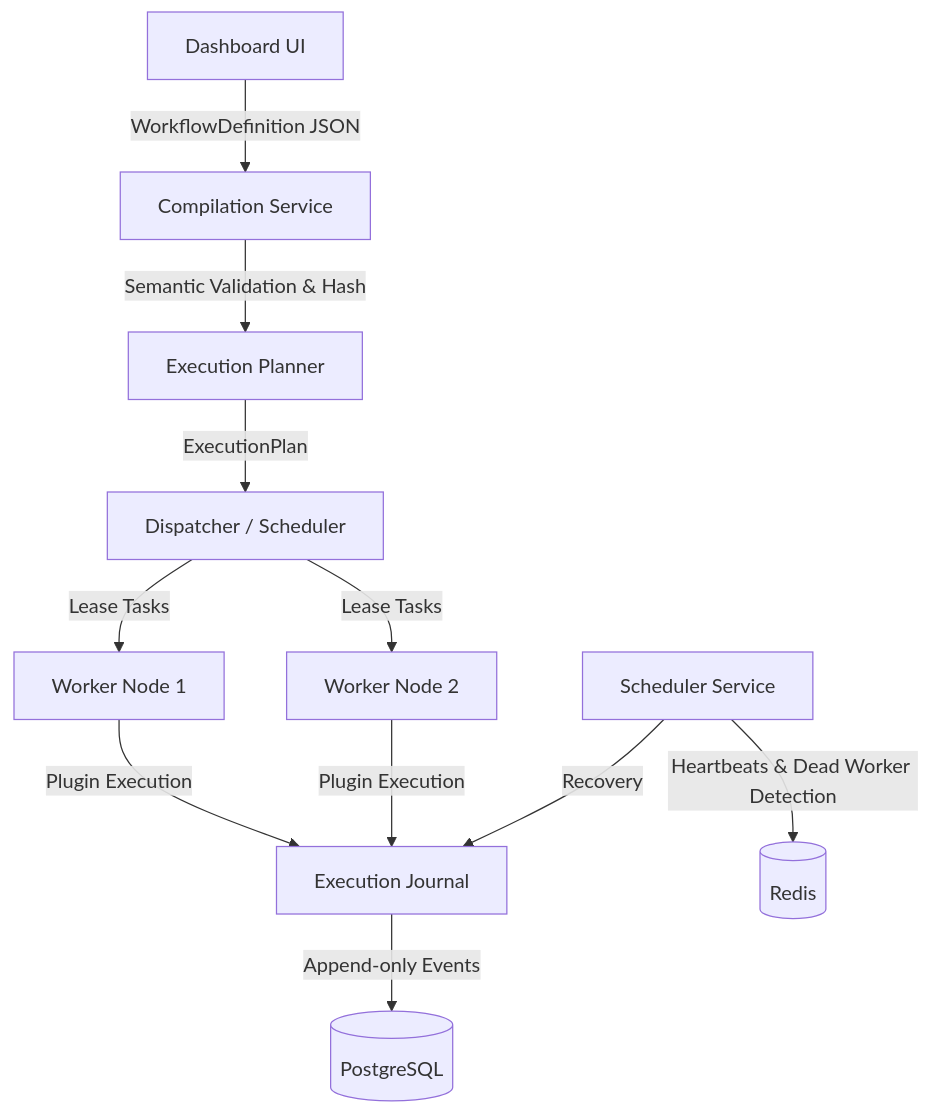
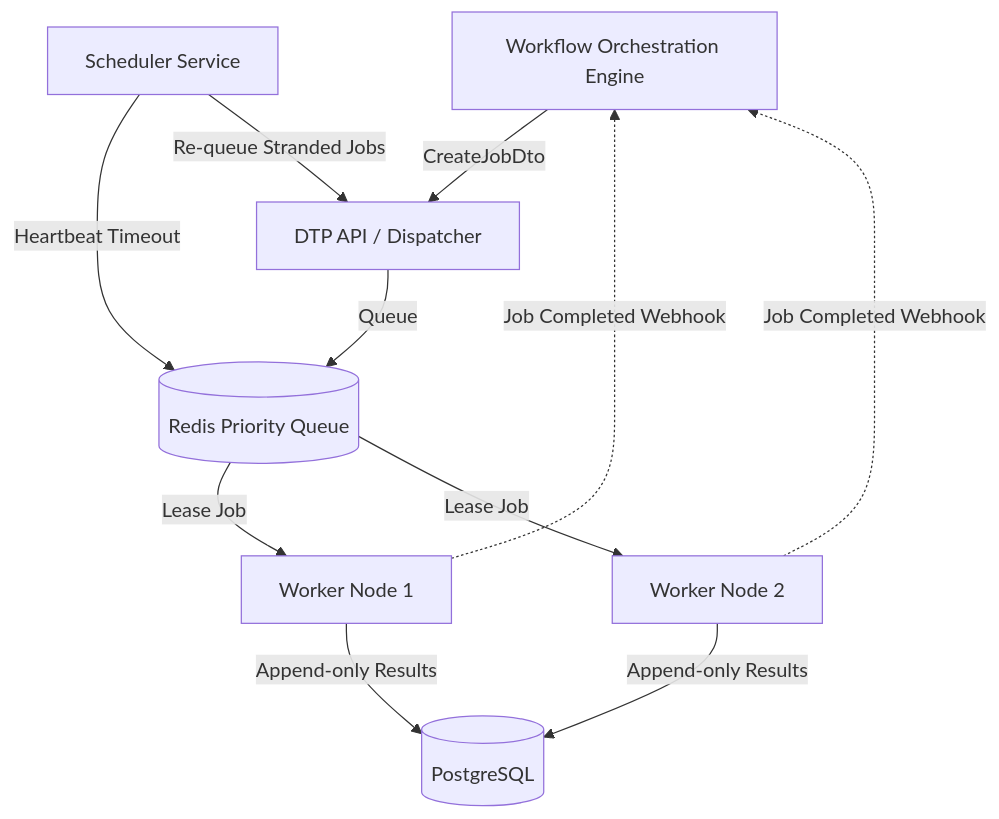
One commit to VimalBisht2021/distributed_task_platform changed the diagram in README.md. Above: the diagram before and after it, drawn with Mermaid. The commit also changed other lines of this file, not shown here.

Commit message:
docs: rewrite README with execution plane focus and lab service guide

````diff
--- a/README.md
+++ b/README.md
@@ -19,15 +11,14 @@
 ```mermaid
 flowchart TD
-    Client[Dashboard UI] -->|WorkflowDefinition JSON| Compiler[Compilation Service]
-    Compiler -->|Semantic Validation & Hash| Planner[Execution Planner]
-    Planner -->|ExecutionPlan| Dispatcher[Dispatcher / Scheduler]
+    WOE[Workflow Orchestration Engine] -->|CreateJobDto| API[DTP API / Dispatcher]
+    API -->|Queue| Redis[(Redis Priority Queue)]
     
-    Dispatcher -->|Lease Tasks| Worker1[Worker Node 1]
-    Dispatcher -->|Lease Tasks| Worker2[Worker Node 2]
+    Redis -->|Lease Job| Worker1[Worker Node 1]
+    Redis -->|Lease Job| Worker2[Worker Node 2]
     
-    Worker1 & Worker2 -->|Plugin Execution| Journal[Execution Journal]
-    Journal -->|Append-only Events| DB[(PostgreSQL)]
+    Worker1 & Worker2 -->|Append-only Results| DB[(PostgreSQL)]
+    Worker1 & Worker2 -.->|Job Completed Webhook| WOE
     
-    SchedulerService[Scheduler Service] -->|Heartbeats & Dead Worker Detection| Redis[(Redis)]
-    SchedulerService -->|Recovery| Journal
+    Scheduler[Scheduler Service] -->|Heartbeat Timeout| Redis
+    Scheduler -->|Re-queue Stranded Jobs| API
 ```
````
